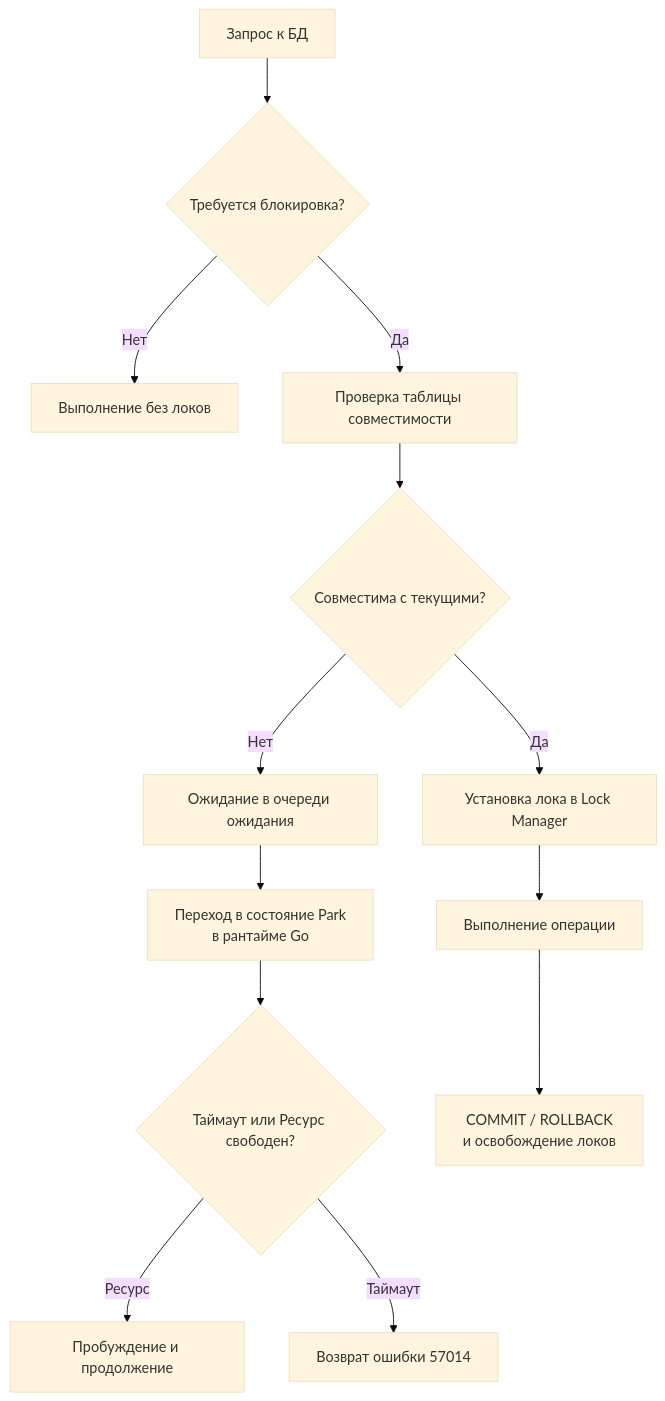
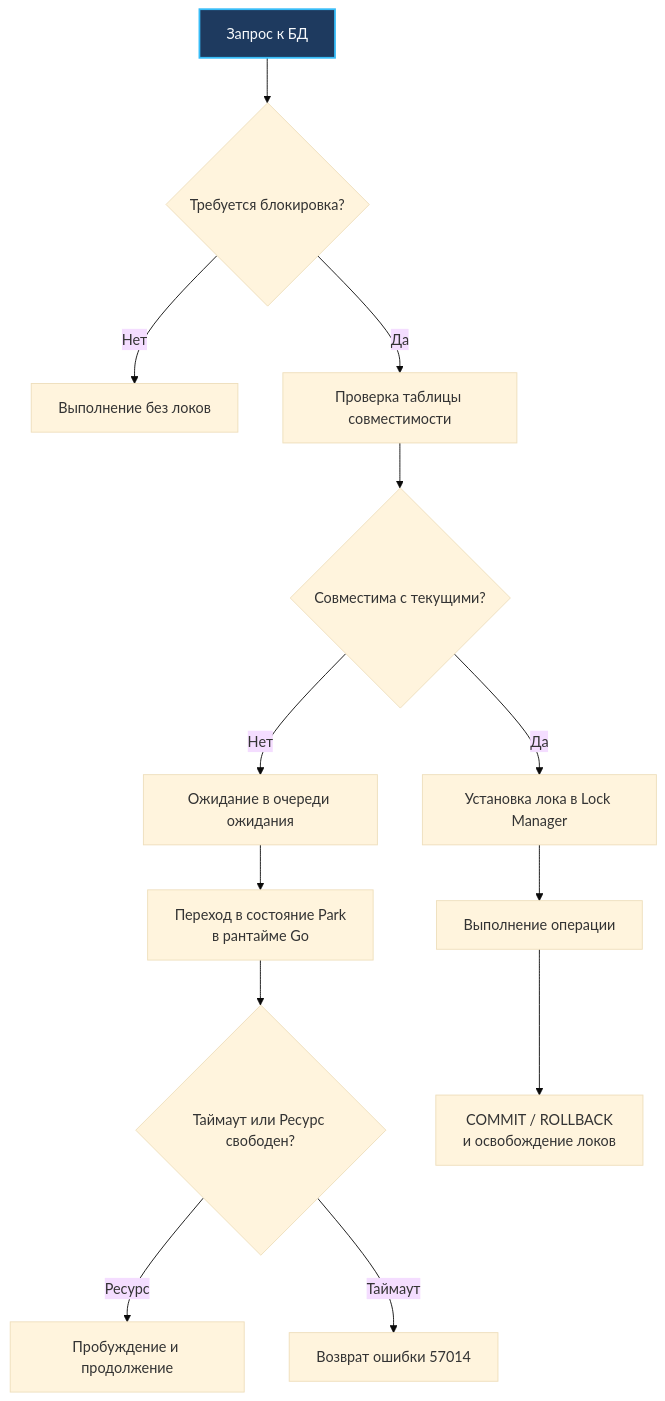
The diagram in sources/12. Базы данных/05. Транзакции и внутренности/5. Блокировки. Locking.md (UnrealTemplier/go-textbook), drawn with Mermaid (base theme) before and after one commit. The commit also changed 1666 other files, not shown here.

First line of the commit message:
feat(mermaid): add semantic color classDef to 1369 colorless flowchart/graph diagrams

````diff
--- a/sources/12. Базы данных/05. Транзакции и внутренности/5. Блокировки. Locking.md
+++ b/sources/12. Базы данных/05. Транзакции и внутренности/5. Блокировки. Locking.md
@@ -12,15 +12,25 @@
 ```mermaid
 flowchart TD
-    A["Запрос к БД"] --> B{"Требуется блокировка?"}
+    classDef process  fill:#1e293b,stroke:#38bdf8,stroke-width:1px,color:#f8fafc
+    classDef success  fill:#064e3b,stroke:#34d399,stroke-width:1px,color:#f8fafc
+    classDef error    fill:#7f1d1d,stroke:#f87171,stroke-width:1px,color:#f8fafc
+    classDef warning  fill:#78350f,stroke:#fbbf24,stroke-width:1px,color:#f8fafc
+    classDef entry    fill:#1e3a5f,stroke:#38bdf8,stroke-width:2px,color:#f8fafc
+    classDef aux      fill:#334155,stroke:#64748b,stroke-width:1px,color:#f8fafc
+    classDef system   fill:#312e81,stroke:#a78bfa,stroke-width:1px,color:#f8fafc
+    classDef data     fill:#132d29,stroke:#2dd4bf,stroke-width:1px,color:#f8fafc
+    classDef network  fill:#881337,stroke:#fb7185,stroke-width:1px,color:#f8fafc
+    classDef accent   fill:#1e1b4b,stroke:#818cf8,stroke-width:1px,color:#f8fafc
+    A["Запрос к БД"]:::entry --> B{"Требуется блокировка?"}
     B -->|Нет| C["Выполнение без локов"]
     B -->|Да| D["Проверка таблицы совместимости"]
     D --> E{"Совместима с текущими?"}
     E -->|Да| F["Установка лока в Lock Manager"]
     E -->|Нет| G["Ожидание в очереди ожидания"]
     G --> H["Переход в состояние Park<br>в рантайме Go"]
     H --> I{"Таймаут или Ресурс свободен?"}
     I -->|Ресурс| J["Пробуждение и продолжение"]
     I -->|Таймаут| K["Возврат ошибки 57014"]
     F --> L["Выполнение операции"]
     L --> M["COMMIT / ROLLBACK<br>и освобождение локов"]
 ```
````
